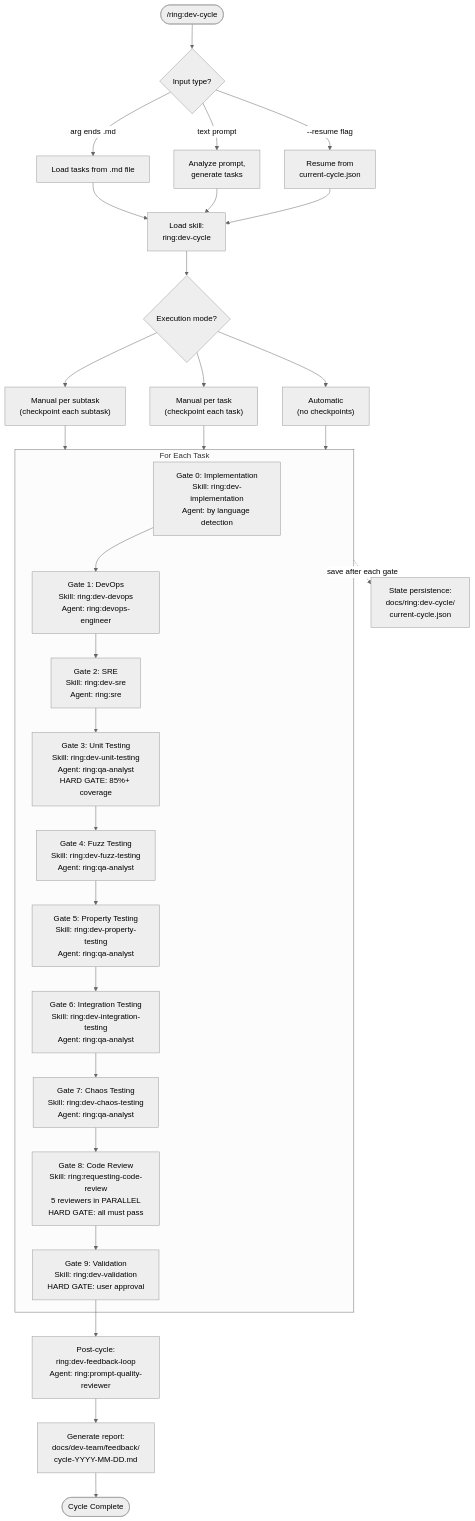
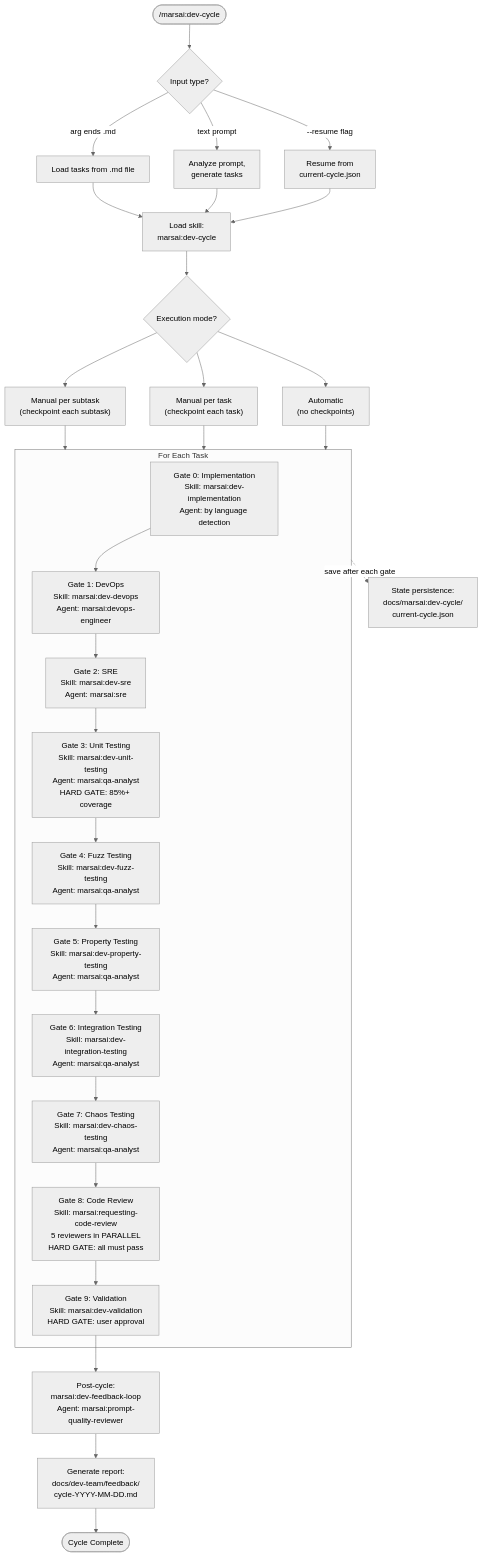
Diagram 13 of 21 in dev-team/docs/dependency-diagrams.md (rodrigodh/ring), drawn with Mermaid (neutral theme) before and after one commit. The commit also changed other lines of this file and 203 other files, not shown here.

````diff
--- a/dev-team/docs/dependency-diagrams.md
+++ b/dev-team/docs/dependency-diagrams.md
@@ -602,51 +602,51 @@
 ```mermaid
 flowchart TD
-    start(["/ring:dev-cycle"])
+    start(["/marsai:dev-cycle"])
 
     parse{"Input type?"}
     loadFile["Load tasks from .md file"]
     parsePrompt["Analyze prompt,<br/>generate tasks"]
     resumeState["Resume from<br/>current-cycle.json"]
 
-    loadSkill["Load skill:<br/>ring:dev-cycle"]
+    loadSkill["Load skill:<br/>marsai:dev-cycle"]
 
     askMode{"Execution mode?"}
     manual_sub["Manual per subtask<br/>(checkpoint each subtask)"]
     manual_task["Manual per task<br/>(checkpoint each task)"]
     auto["Automatic<br/>(no checkpoints)"]
 
     start --> parse
     parse -->|"arg ends .md"| loadFile
     parse -->|"text prompt"| parsePrompt
     parse -->|"--resume flag"| resumeState
     loadFile --> loadSkill
     parsePrompt --> loadSkill
     resumeState --> loadSkill
     loadSkill --> askMode
     askMode --> manual_sub & manual_task & auto
 
     subgraph PerTask["For Each Task"]
-        g0["Gate 0: Implementation<br/>Skill: ring:dev-implementation<br/>Agent: by language detection"]
-        g1["Gate 1: DevOps<br/>Skill: ring:dev-devops<br/>Agent: ring:devops-engineer"]
-        g2["Gate 2: SRE<br/>Skill: ring:dev-sre<br/>Agent: ring:sre"]
-        g3["Gate 3: Unit Testing<br/>Skill: ring:dev-unit-testing<br/>Agent: ring:qa-analyst<br/>HARD GATE: 85%+ coverage"]
-        g4["Gate 4: Fuzz Testing<br/>Skill: ring:dev-fuzz-testing<br/>Agent: ring:qa-analyst"]
-        g5["Gate 5: Property Testing<br/>Skill: ring:dev-property-testing<br/>Agent: ring:qa-analyst"]
-        g6["Gate 6: Integration Testing<br/>Skill: ring:dev-integration-testing<br/>Agent: ring:qa-analyst"]
-        g7["Gate 7: Chaos Testing<br/>Skill: ring:dev-chaos-testing<br/>Agent: ring:qa-analyst"]
-        g8["Gate 8: Code Review<br/>Skill: ring:requesting-code-review<br/>5 reviewers in PARALLEL<br/>HARD GATE: all must pass"]
-        g9["Gate 9: Validation<br/>Skill: ring:dev-validation<br/>HARD GATE: user approval"]
+        g0["Gate 0: Implementation<br/>Skill: marsai:dev-implementation<br/>Agent: by language detection"]
+        g1["Gate 1: DevOps<br/>Skill: marsai:dev-devops<br/>Agent: marsai:devops-engineer"]
+        g2["Gate 2: SRE<br/>Skill: marsai:dev-sre<br/>Agent: marsai:sre"]
+        g3["Gate 3: Unit Testing<br/>Skill: marsai:dev-unit-testing<br/>Agent: marsai:qa-analyst<br/>HARD GATE: 85%+ coverage"]
+        g4["Gate 4: Fuzz Testing<br/>Skill: marsai:dev-fuzz-testing<br/>Agent: marsai:qa-analyst"]
+        g5["Gate 5: Property Testing<br/>Skill: marsai:dev-property-testing<br/>Agent: marsai:qa-analyst"]
+        g6["Gate 6: Integration Testing<br/>Skill: marsai:dev-integration-testing<br/>Agent: marsai:qa-analyst"]
+        g7["Gate 7: Chaos Testing<br/>Skill: marsai:dev-chaos-testing<br/>Agent: marsai:qa-analyst"]
+        g8["Gate 8: Code Review<br/>Skill: marsai:requesting-code-review<br/>5 reviewers in PARALLEL<br/>HARD GATE: all must pass"]
+        g9["Gate 9: Validation<br/>Skill: marsai:dev-validation<br/>HARD GATE: user approval"]
 
         g0 --> g1 --> g2 --> g3 --> g4
         g4 --> g5 --> g6 --> g7 --> g8 --> g9
     end
 
     manual_sub & manual_task & auto --> PerTask
 
-    g9 --> feedback["Post-cycle:<br/>ring:dev-feedback-loop<br/>Agent: ring:prompt-quality-reviewer"]
+    g9 --> feedback["Post-cycle:<br/>marsai:dev-feedback-loop<br/>Agent: marsai:prompt-quality-reviewer"]
     feedback --> report["Generate report:<br/>docs/dev-team/feedback/<br/>cycle-YYYY-MM-DD.md"]
     report --> done([Cycle Complete])
 
-    state["State persistence:<br/>docs/ring:dev-cycle/<br/>current-cycle.json"]
+    state["State persistence:<br/>docs/marsai:dev-cycle/<br/>current-cycle.json"]
     PerTask -.->|"save after each gate"| state
 ```
````
